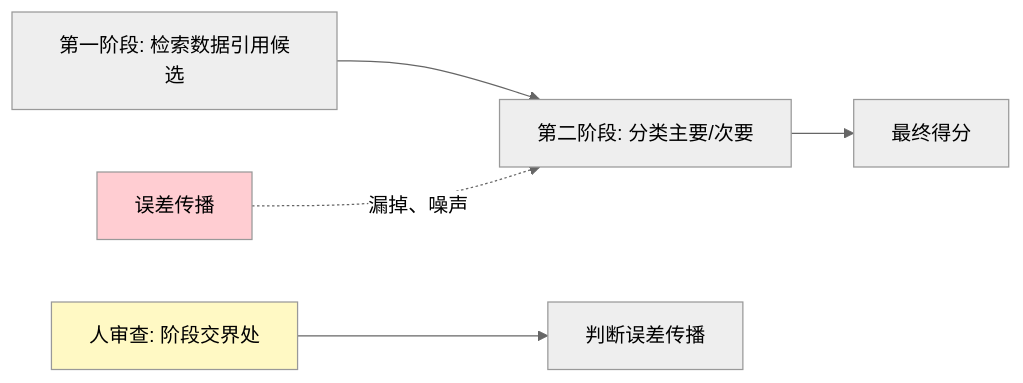
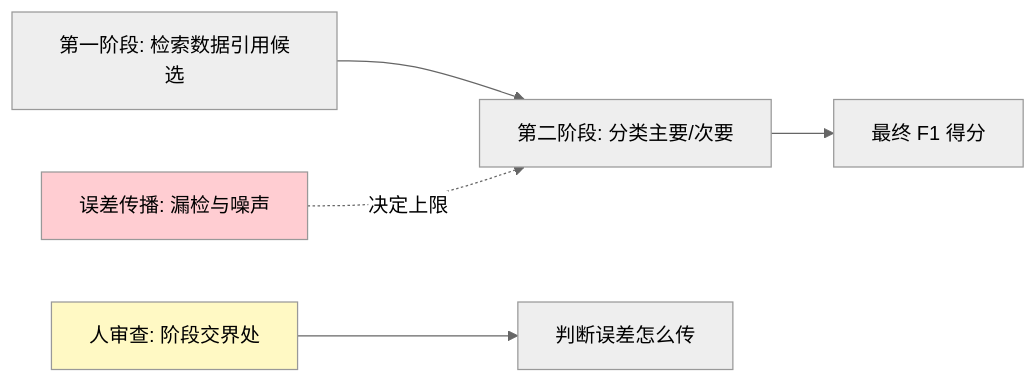
The diagram in docs/chapters/chapter19.md (wizardforcel/vibe-kaggle), drawn with Mermaid (neutral theme) before and after one commit. The commit also changed other lines of this file and 22 other files, not shown here.

````diff
--- a/docs/chapters/chapter19.md
+++ b/docs/chapters/chapter19.md
@@ -17,9 +35,9 @@
 ```mermaid
 flowchart LR
-    A[第一阶段: 检索数据引用候选] --> B[第二阶段: 分类主要/次要]
-    B --> C[最终得分]
-    D[误差传播] -.->|漏掉、噪声| B
-    E[人审查: 阶段交界处] --> F[判断误差传播]
+    A["第一阶段: 检索数据引用候选"] --> B["第二阶段: 分类主要/次要"]
+    B --> C["最终 F1 得分"]
+    D["误差传播: 漏检与噪声"] -.->|决定上限| B
+    E["人审查: 阶段交界处"] --> F["判断误差怎么传"]
     style D fill:#ffcdd2
     style E fill:#fff9c4
 ```
````
